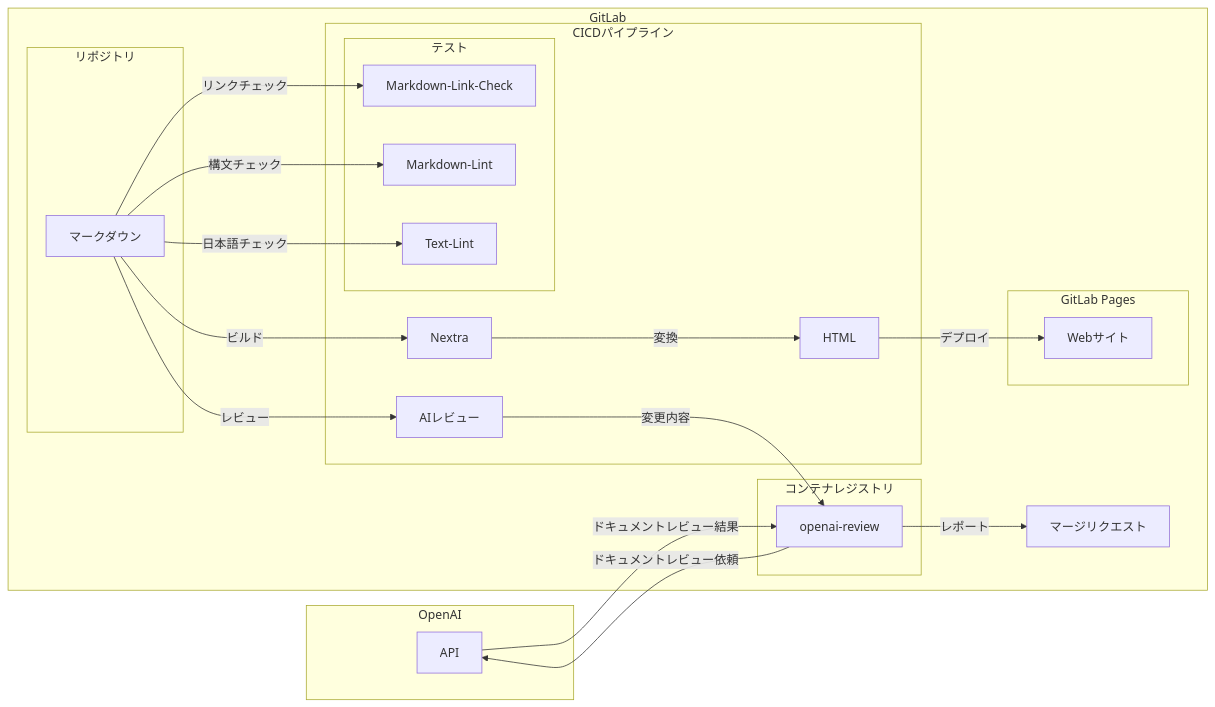
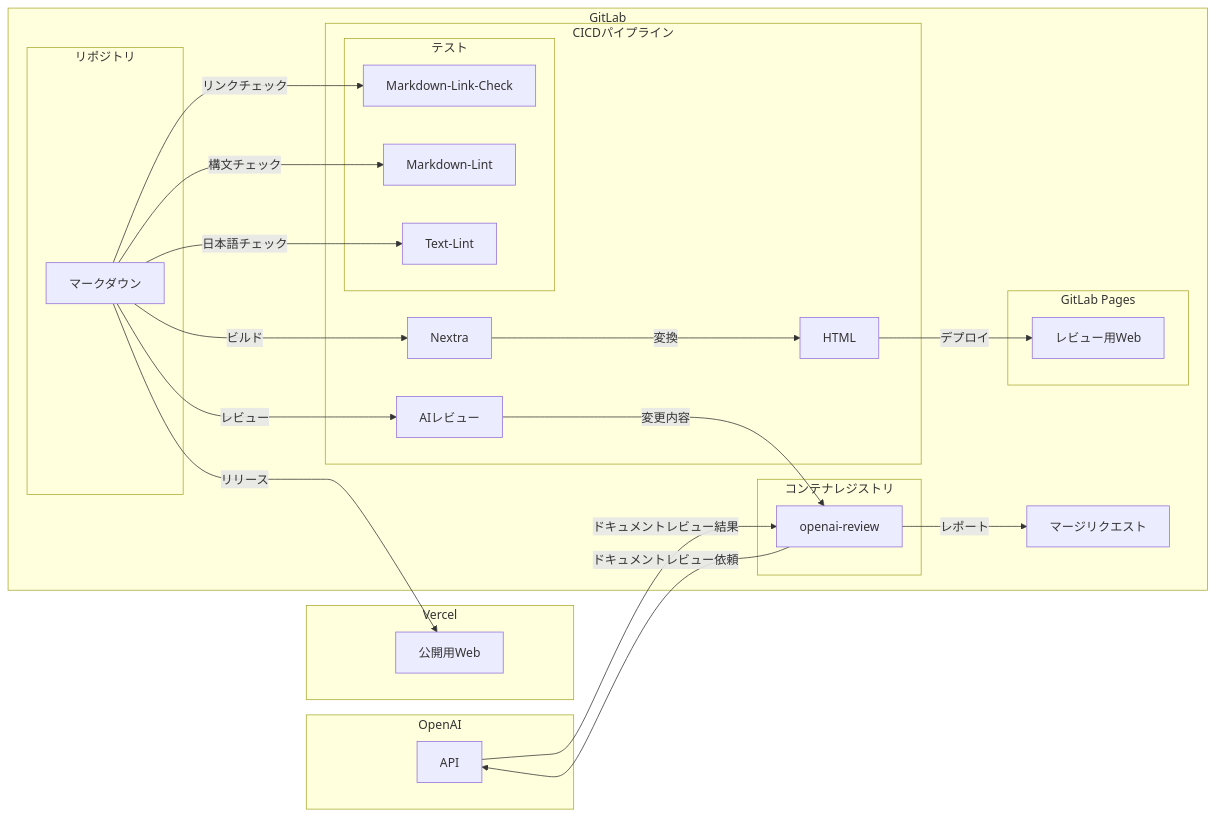
Before and after one commit to gongyong/docs: the first of 2 diagrams in pages/index.mdx, drawn with Mermaid. The commit also changed 1 other file, not shown here.

Commit message:
Vercelにリリース

````diff
--- a/pages/index.mdx
+++ b/pages/index.mdx
@@ -31,39 +31,43 @@
 ```mermaid
 graph LR
+subgraph Vercel
+    公開用Web
+end
 subgraph OpenAI
     API
 end
 subgraph GitLab
     subgraph リポジトリ
         マークダウン
     end
     subgraph CICDパイプライン
         subgraph テスト
             Markdown-Link-Check
             Markdown-Lint
             Text-Lint
         end
         AIレビュー
         Nextra
         HTML
     end
     subgraph コンテナレジストリ
         openai-review
     end
     subgraph GitLab Pages
-        Webサイト
+        レビュー用Web
     end
     マージリクエスト
     マークダウン--リンクチェック-->Markdown-Link-Check
     マークダウン--構文チェック-->Markdown-Lint
     マークダウン--日本語チェック-->Text-Lint
     マークダウン--レビュー-->AIレビュー
     AIレビュー--変更内容-->openai-review
     openai-review--ドキュメントレビュー依頼-->API
     API--ドキュメントレビュー結果-->openai-review
     openai-review--レポート-->マージリクエスト
     マークダウン--ビルド-->Nextra
     Nextra--変換-->HTML
-    HTML--デプロイ-->Webサイト
+    HTML--デプロイ-->レビュー用Web
+    マークダウン--リリース-->公開用Web
 end
 ```
````
